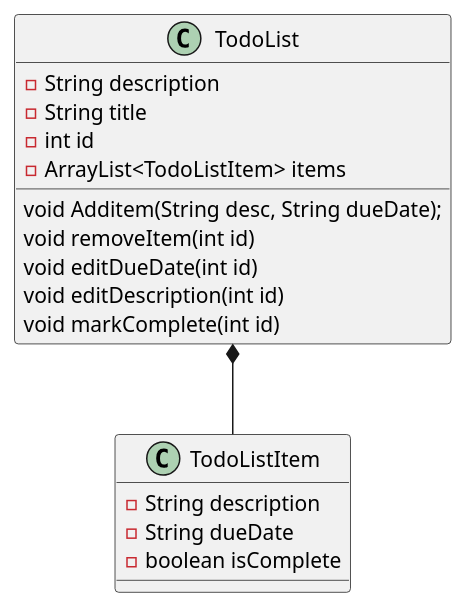
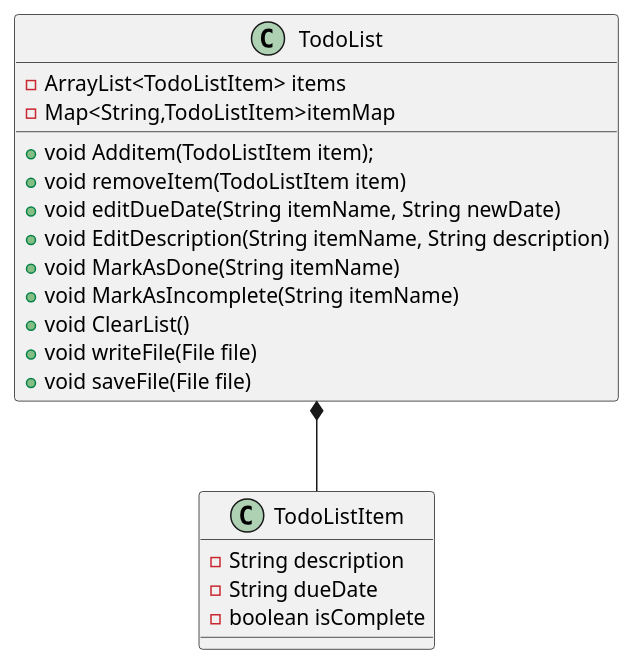
One commit to JSCaracal/sipos-app1-design changed the diagram in docs/TodoList.puml. Above: the diagram before and after it, drawn with PlantUML. The commit also changed 14 other files, not shown here.

```diff
--- a/docs/TodoList.puml
+++ b/docs/TodoList.puml
@@ -1,24 +1,27 @@
 @startuml
 'https://plantuml.com/sequence-diagram
 
 class TodoList{
- -String description
- -String title
- -int id
  -ArrayList<TodoListItem> items
+ -Map<String,TodoListItem>itemMap
 
- void Additem(String desc, String dueDate);
- void removeItem(int id)
- void editDueDate(int id)
- void editDescription(int id)
- void markComplete(int id)
+ +void Additem(TodoListItem item);
+ +void removeItem(TodoListItem item)
+ +void editDueDate(String itemName, String newDate)
+ +void EditDescription(String itemName, String description)
+ +void MarkAsDone(String itemName)
+ +void MarkAsIncomplete(String itemName)
+ +void ClearList()
+ +void writeFile(File file)
+ +void saveFile(File file)
+
 
 }
 class TodoListItem{
 -String description
 -String dueDate
 -boolean isComplete
 }
 
 TodoList *-- TodoListItem
 @enduml
```
